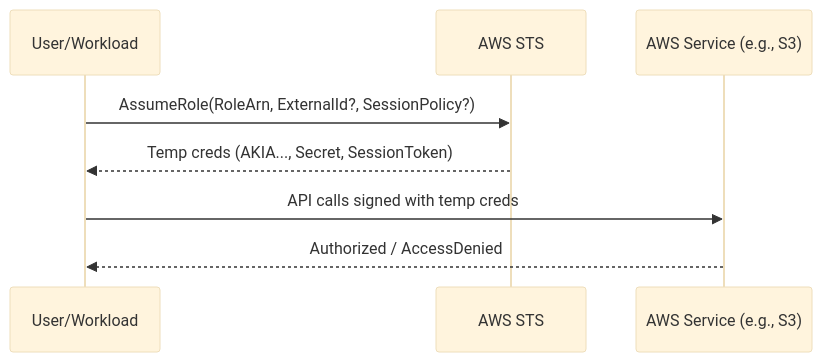
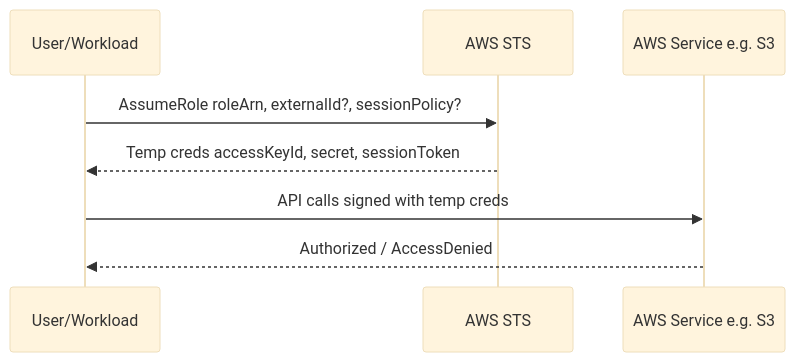
One commit to niceguy61/aws-saa-lecture-2026 changed the second of 3 diagrams in aws-saa/week01-domain01-secure-architectures/day01/01-theory.md. Above: the diagram before and after it, drawn with Mermaid (base theme). The commit also changed other lines of this file and 11 other files, not shown here.

Commit message:
Harden mermaid diagrams for GitHub rendering

````diff
--- a/aws-saa/week01-domain01-secure-architectures/day01/01-theory.md
+++ b/aws-saa/week01-domain01-secure-architectures/day01/01-theory.md
@@ -69,10 +70,10 @@
 ```mermaid
 sequenceDiagram
   participant U as User/Workload
   participant STS as AWS STS
-  participant S as AWS Service (e.g., S3)
-  U->>STS: AssumeRole(RoleArn, ExternalId?, SessionPolicy?)
-  STS-->>U: Temp creds (AKIA..., Secret, SessionToken)
+  participant S as AWS Service e.g. S3
+  U->>STS: AssumeRole roleArn, externalId?, sessionPolicy?
+  STS-->>U: Temp creds accessKeyId, secret, sessionToken
   U->>S: API calls signed with temp creds
   S-->>U: Authorized / AccessDenied
 ```
````
